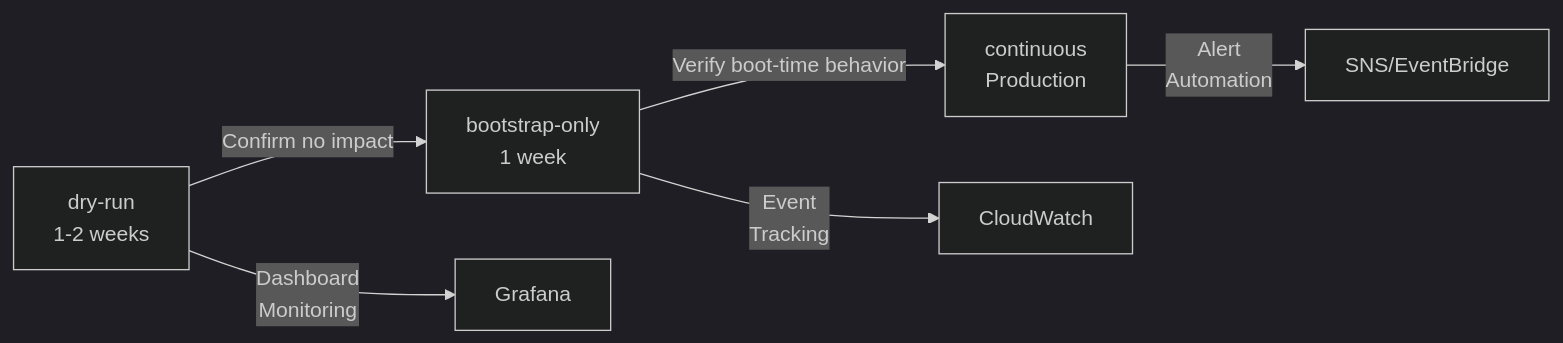
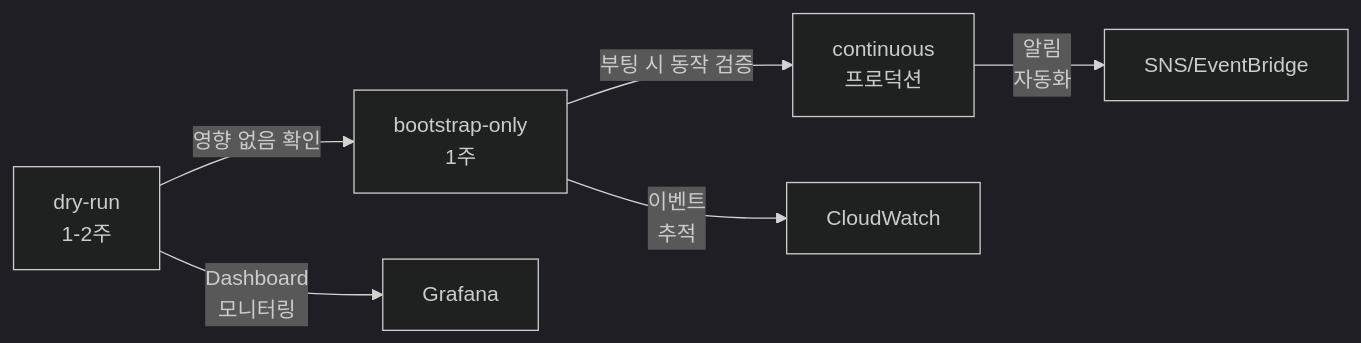
The second of 6 diagrams in i18n/en/docusaurus-plugin-content-docs/current/aidlc/agentic-ops/aiops-observability-stack.md (devfloor9/engineering-playbook), drawn with Mermaid (dark theme) before and after one commit. The commit also changed other lines of this file and 95 other files, not shown here.

````diff
--- a/i18n/en/docusaurus-plugin-content-docs/current/aidlc/agentic-ops/aiops-observability-stack.md
+++ b/i18n/en/docusaurus-plugin-content-docs/current/aidlc/agentic-ops/aiops-observability-stack.md
@@ -292,9 +291,9 @@
 ```mermaid
 graph LR
-    A[dry-run<br/>1-2 weeks] -->|Confirm no impact| B[bootstrap-only<br/>1 week]
-    B -->|Verify boot-time behavior| C[continuous<br/>Production]
+ A[dry-run<br/>1-2주] -->|영향 없음 확인| B[bootstrap-only<br/>1주]
+ B -->|부팅 시 동작 검증| C[continuous<br/>프로덕션]
 
-    A -->|Dashboard<br/>Monitoring| D[Grafana]
-    B -->|Event<br/>Tracking| E[CloudWatch]
-    C -->|Alert<br/>Automation| F[SNS/EventBridge]
+ A -->|Dashboard<br/>모니터링| D[Grafana]
+ B -->|이벤트<br/>추적| E[CloudWatch]
+ C -->|알림<br/>자동화| F[SNS/EventBridge]
 ```
````
